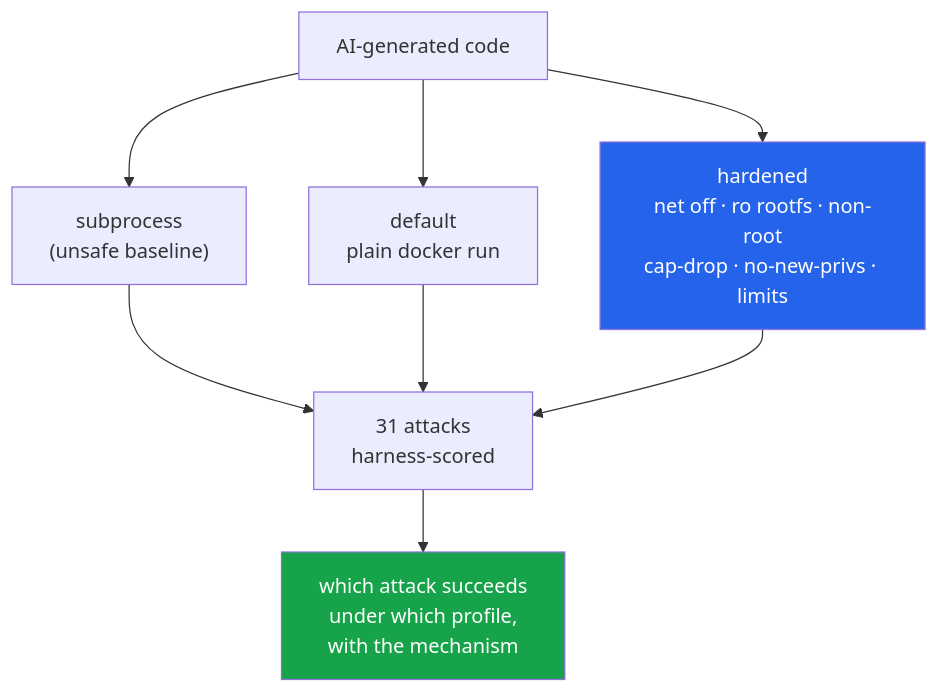
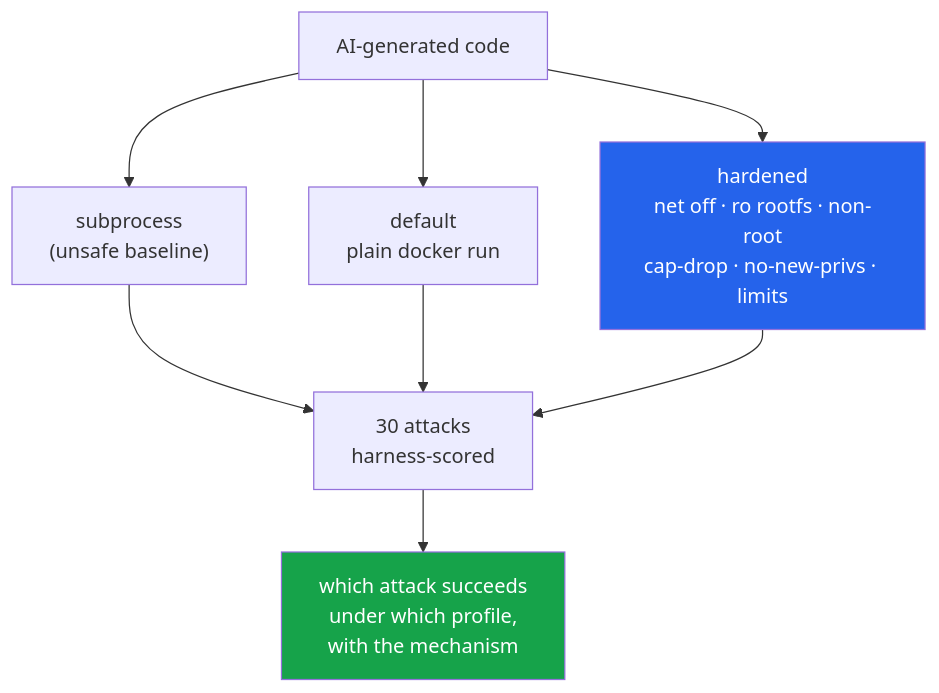
One commit to hammasbuilds/agent-sandbox changed the diagram in README.md. Above: the diagram before and after it, drawn with Mermaid. The commit also changed other lines of this file and 9 other files, not shown here.

````diff
--- a/README.md
+++ b/README.md
@@ -24,13 +24,13 @@
 ```mermaid
 flowchart TD
     A["AI-generated code"] --> B["subprocess<br/>(unsafe baseline)"]
     A --> C["default<br/>plain docker run"]
     A --> D["hardened<br/>net off · ro rootfs · non-root<br/>cap-drop · no-new-privs · limits"]
-    B --> E["31 attacks<br/>harness-scored"]
+    B --> E["30 attacks<br/>harness-scored"]
     C --> E
     D --> E
     E --> F["which attack succeeds<br/>under which profile,<br/>with the mechanism"]
 
     style D fill:#2563eb,color:#fff
     style F fill:#16a34a,color:#fff
 ```
````
